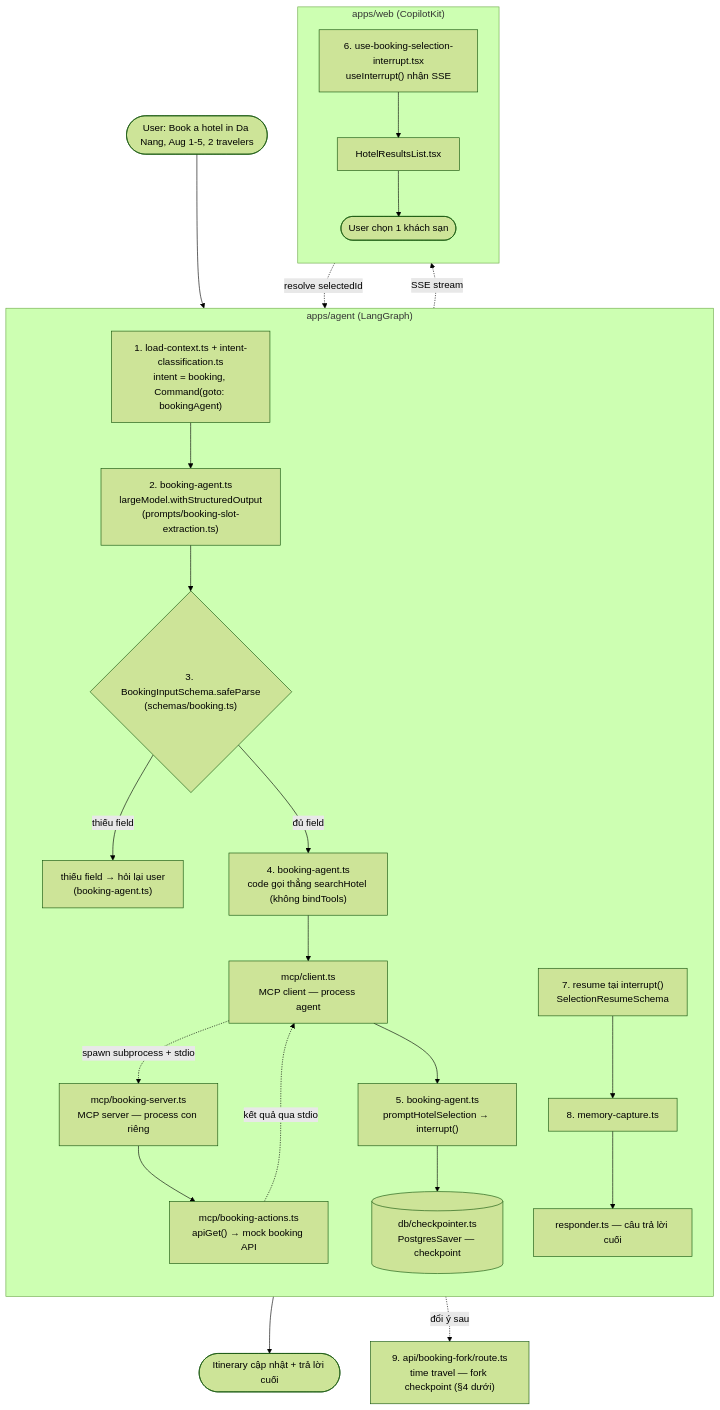
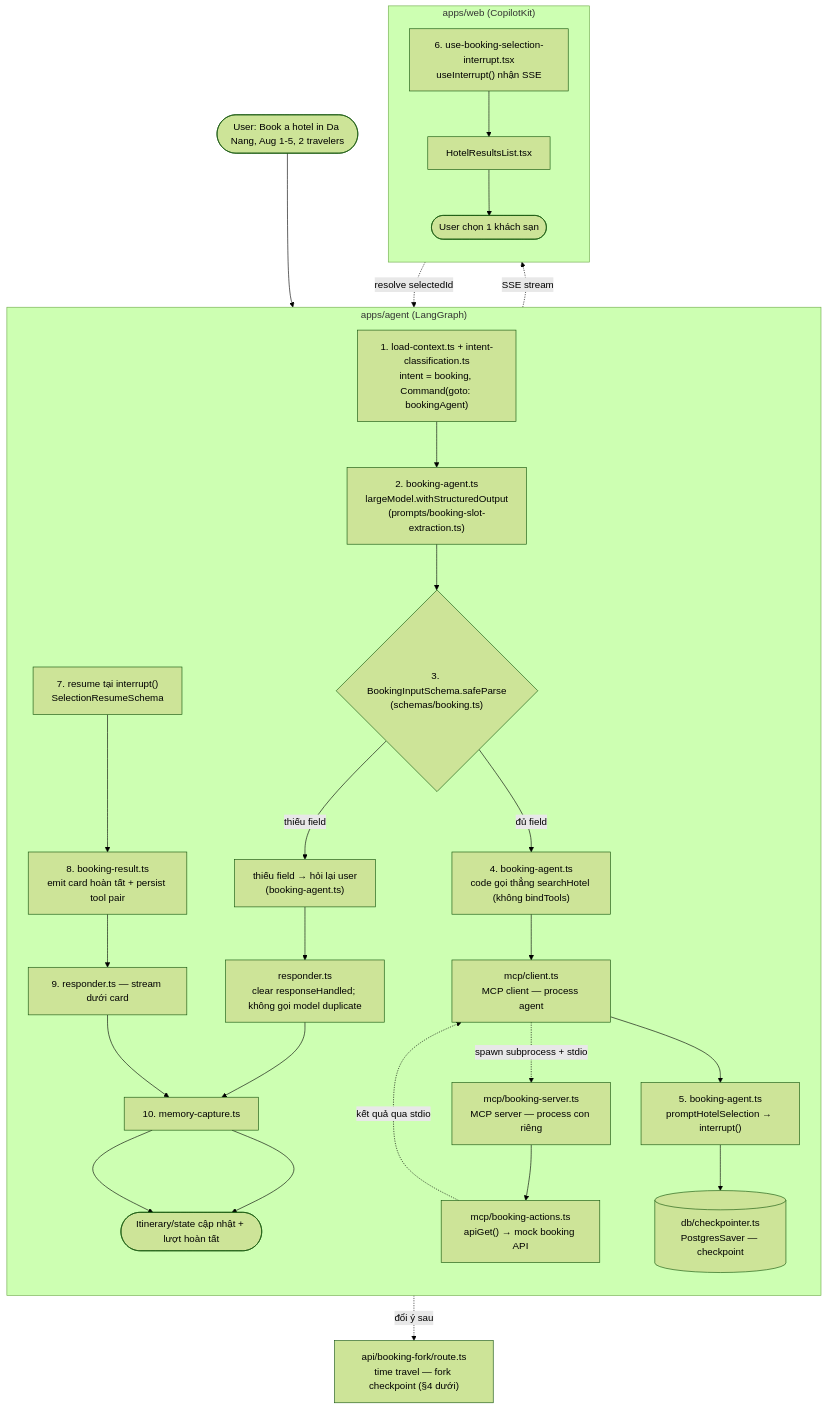
The second of 5 diagrams in README.md (huongle-agilityio/healthcare-project-api), drawn with Mermaid (forest theme) before and after one commit. The commit also changed other lines of this file, not shown here.

````diff
--- a/README.md
+++ b/README.md
@@ -485,39 +546,41 @@
 ```mermaid
 flowchart TD
   U(["User: Book a hotel in Da Nang, Aug 1-5, 2 travelers"])
 
   subgraph AG["apps/agent (LangGraph)"]
     direction TB
     N1["1. load-context.ts + intent-classification.ts<br/>intent = booking, Command(goto: bookingAgent)"]
     N2["2. booking-agent.ts<br/>largeModel.withStructuredOutput<br/>(prompts/booking-slot-extraction.ts)"]
     N3{"3. BookingInputSchema.safeParse<br/>(schemas/booking.ts)"}
     N3a["thiếu field → hỏi lại user<br/>(booking-agent.ts)"]
+    RG["responder.ts<br/>clear responseHandled; không gọi model duplicate"]
     N4["4. booking-agent.ts<br/>code gọi thẳng searchHotel (không bindTools)"]
     N4a["mcp/client.ts<br/>MCP client — process agent"]
     N4b["mcp/booking-server.ts<br/>MCP server — process con riêng"]
     N4c["mcp/booking-actions.ts<br/>apiGet() → mock booking API"]
     N5["5. booking-agent.ts<br/>promptHotelSelection → interrupt()"]
     CKPT[("db/checkpointer.ts<br/>PostgresSaver — checkpoint")]
     N7["7. resume tại interrupt()<br/>SelectionResumeSchema"]
-    N8["8. memory-capture.ts"]
-    N9["responder.ts — câu trả lời cuối"]
+    N7b["8. booking-result.ts<br/>emit card hoàn tất + persist tool pair"]
+    N8["10. memory-capture.ts"]
+    N9["9. responder.ts — stream dưới card"]
+    D(["Itinerary/state cập nhật + lượt hoàn tất"])
   end
 
   subgraph WEB["apps/web (CopilotKit)"]
     direction TB
     N6["6. use-booking-selection-interrupt.tsx<br/>useInterrupt() nhận SSE"]
     N6b["HotelResultsList.tsx"]
     P(["User chọn 1 khách sạn"])
   end
 
   U --> N1 --> N2 --> N3
-  N3 -- thiếu field --> N3a
+  N3 -- thiếu field --> N3a --> RG --> N8 --> D
   N3 -- đủ field --> N4 --> N4a
   N4a -. spawn subprocess + stdio .-> N4b --> N4c
   N4c -. kết quả qua stdio .-> N4a --> N5
   N5 --> CKPT
   N5 -. SSE stream .-> N6 --> N6b --> P
-  P -. resolve selectedId .-> N7 --> N8 --> N9
-  N9 --> D(["Itinerary cập nhật + trả lời cuối"])
-  N9 -. đổi ý sau .-> FORK["9. api/booking-fork/route.ts<br/>time travel — fork checkpoint (§4 dưới)"]
+  P -. resolve selectedId .-> N7 --> N7b --> N9 --> N8 --> D
+  D -. đổi ý sau .-> FORK["api/booking-fork/route.ts<br/>time travel — fork checkpoint (§4 dưới)"]
 ```
````
